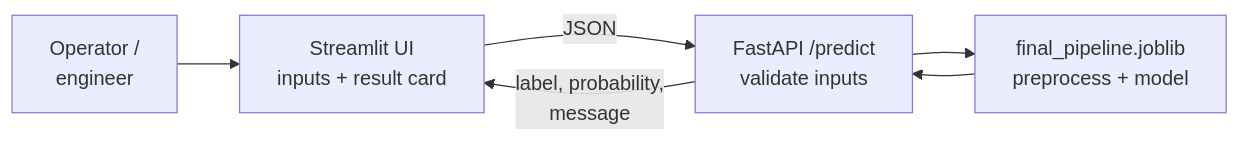
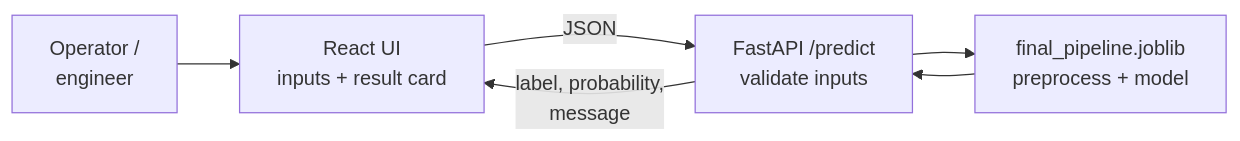
Before and after one commit to Bimsara-Yehan/UR3-CobotOps-Fault-Detection: the second of 2 diagrams in CLAUDE.md, drawn with Mermaid. The commit also changed other lines of this file and 12 other files, not shown here.

First line of the commit message:
Switch frontend from Streamlit to React (Vite)

````diff
--- a/CLAUDE.md
+++ b/CLAUDE.md
@@ -175,8 +175,8 @@
 ```mermaid
 flowchart LR
-  U["Operator /<br/>engineer"] --> F["Streamlit UI<br/>inputs + result card"]
+  U["Operator /<br/>engineer"] --> F["React UI<br/>inputs + result card"]
   F -->|JSON| B["FastAPI /predict<br/>validate inputs"]
   B --> P["final_pipeline.joblib<br/>preprocess + model"]
   P --> B
   B -->|label, probability,<br/>message| F
 ```
````
